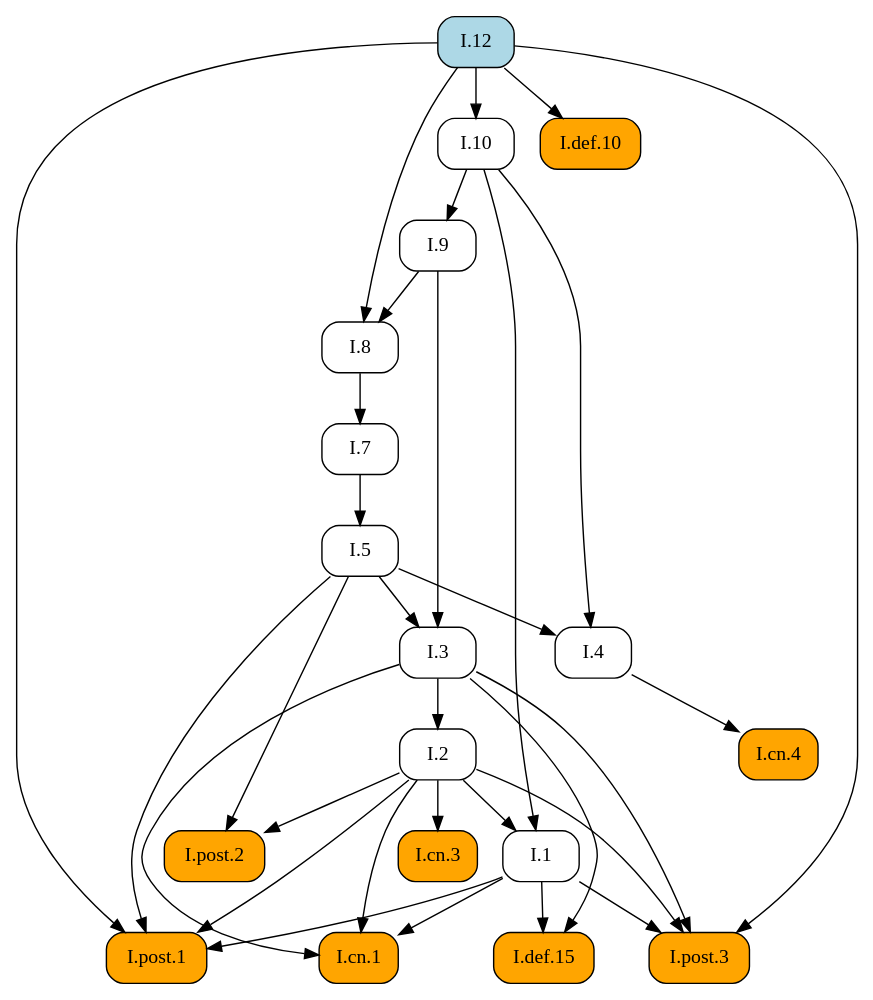
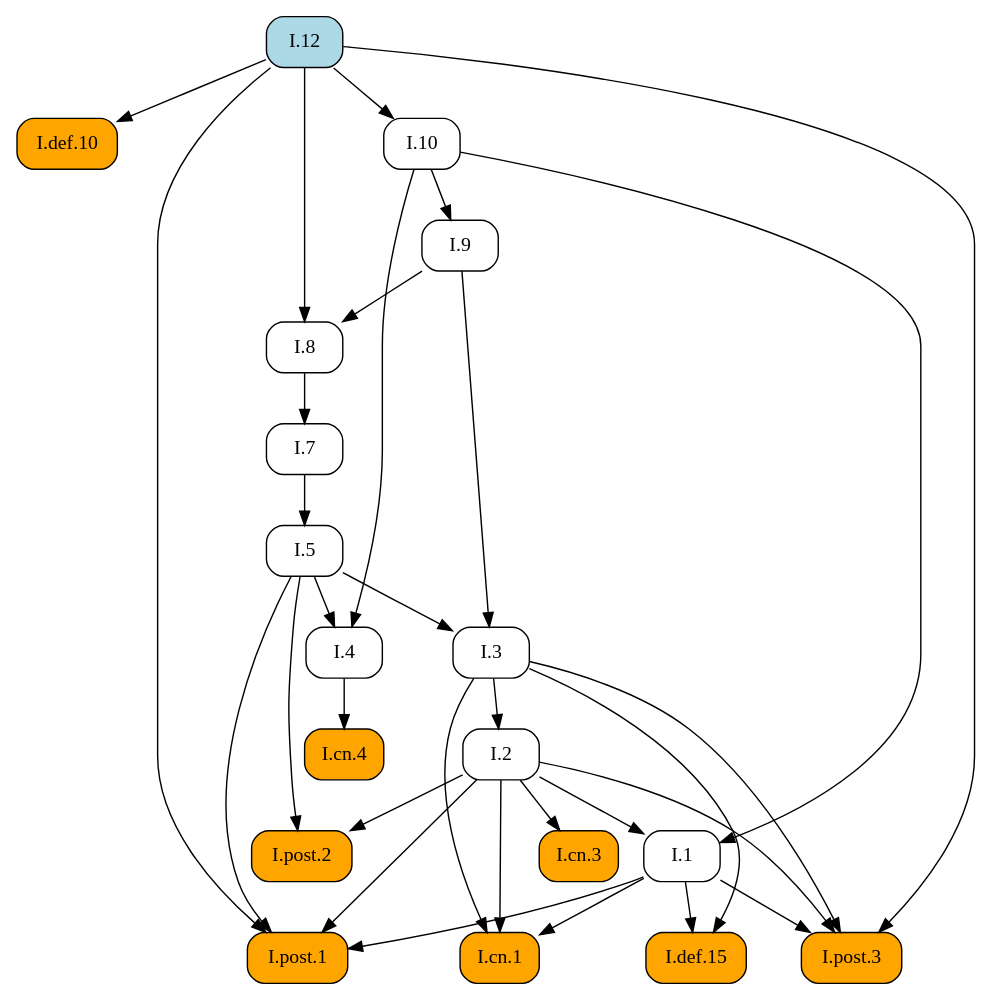
One commit to geometor/elements changed the diagram in docsrc/heath/I/12/index.rst. Above: the diagram before and after it, drawn with Graphviz. The commit also changed other lines of this file and 1029 other files, not shown here.

```diff
--- a/docsrc/heath/I/12/index.rst
+++ b/docsrc/heath/I/12/index.rst
@@ -69,55 +69,55 @@
 .. graphviz::
 
    digraph {
      rankdir="TB";
      node [shape=box, style=rounded];
+     "I.def.10" [style="rounded,filled", fillcolor=orange, URL="/heath/I/def.10/", target="_top"];
+     "I.1" [URL="/heath/I/1/", target="_top"];
+     "I.7" [URL="/heath/I/7/", target="_top"];
+     "I.3" [URL="/heath/I/3/", target="_top"];
+     "I.2" [URL="/heath/I/2/", target="_top"];
+     "I.4" [URL="/heath/I/4/", target="_top"];
+     "I.12" [style="rounded,filled", fillcolor=lightblue, URL="/heath/I/12/", target="_top"];
+     "I.post.2" [style="rounded,filled", fillcolor=orange, URL="/heath/I/post.2/", target="_top"];
+     "I.def.15" [style="rounded,filled", fillcolor=orange, URL="/heath/I/def.15/", target="_top"];
+     "I.9" [URL="/heath/I/9/", target="_top"];
+     "I.post.3" [style="rounded,filled", fillcolor=orange, URL="/heath/I/post.3/", target="_top"];
+     "I.cn.1" [style="rounded,filled", fillcolor=orange, URL="/heath/I/cn.1/", target="_top"];
      "I.cn.3" [style="rounded,filled", fillcolor=orange, URL="/heath/I/cn.3/", target="_top"];
+     "I.8" [URL="/heath/I/8/", target="_top"];
+     "I.cn.4" [style="rounded,filled", fillcolor=orange, URL="/heath/I/cn.4/", target="_top"];
+     "I.post.1" [style="rounded,filled", fillcolor=orange, URL="/heath/I/post.1/", target="_top"];
+     "I.10" [URL="/heath/I/10/", target="_top"];
      "I.5" [URL="/heath/I/5/", target="_top"];
-     "I.7" [URL="/heath/I/7/", target="_top"];
-     "I.10" [URL="/heath/I/10/", target="_top"];
-     "I.4" [URL="/heath/I/4/", target="_top"];
-     "I.3" [URL="/heath/I/3/", target="_top"];
-     "I.8" [URL="/heath/I/8/", target="_top"];
-     "I.9" [URL="/heath/I/9/", target="_top"];
-     "I.def.10" [style="rounded,filled", fillcolor=orange, URL="/heath/I/def.10/", target="_top"];
-     "I.post.2" [style="rounded,filled", fillcolor=orange, URL="/heath/I/post.2/", target="_top"];
-     "I.2" [URL="/heath/I/2/", target="_top"];
-     "I.def.15" [style="rounded,filled", fillcolor=orange, URL="/heath/I/def.15/", target="_top"];
-     "I.1" [URL="/heath/I/1/", target="_top"];
-     "I.post.3" [style="rounded,filled", fillcolor=orange, URL="/heath/I/post.3/", target="_top"];
-     "I.post.1" [style="rounded,filled", fillcolor=orange, URL="/heath/I/post.1/", target="_top"];
-     "I.12" [style="rounded,filled", fillcolor=lightblue, URL="/heath/I/12/", target="_top"];
-     "I.cn.4" [style="rounded,filled", fillcolor=orange, URL="/heath/I/cn.4/", target="_top"];
-     "I.cn.1" [style="rounded,filled", fillcolor=orange, URL="/heath/I/cn.1/", target="_top"];
-     "I.2" -> "I.cn.3";
-     "I.7" -> "I.5";
+     "I.12" -> "I.def.10";
+     "I.2" -> "I.1";
+     "I.10" -> "I.1";
      "I.8" -> "I.7";
-     "I.12" -> "I.10";
+     "I.5" -> "I.3";
+     "I.9" -> "I.3";
+     "I.3" -> "I.2";
      "I.5" -> "I.4";
      "I.10" -> "I.4";
-     "I.5" -> "I.3";
-     "I.9" -> "I.3";
-     "I.9" -> "I.8";
-     "I.12" -> "I.8";
-     "I.10" -> "I.9";
-     "I.12" -> "I.def.10";
      "I.2" -> "I.post.2";
      "I.5" -> "I.post.2";
-     "I.3" -> "I.2";
      "I.1" -> "I.def.15";
      "I.3" -> "I.def.15";
-     "I.2" -> "I.1";
-     "I.10" -> "I.1";
+     "I.10" -> "I.9";
      "I.1" -> "I.post.3";
      "I.2" -> "I.post.3";
      "I.3" -> "I.post.3";
      "I.12" -> "I.post.3";
+     "I.1" -> "I.cn.1";
+     "I.2" -> "I.cn.1";
+     "I.3" -> "I.cn.1";
+     "I.2" -> "I.cn.3";
+     "I.9" -> "I.8";
+     "I.12" -> "I.8";
+     "I.4" -> "I.cn.4";
      "I.1" -> "I.post.1";
      "I.2" -> "I.post.1";
      "I.5" -> "I.post.1";
      "I.12" -> "I.post.1";
-     "I.4" -> "I.cn.4";
-     "I.1" -> "I.cn.1";
-     "I.2" -> "I.cn.1";
-     "I.3" -> "I.cn.1";
+     "I.12" -> "I.10";
+     "I.7" -> "I.5";
    }
```
